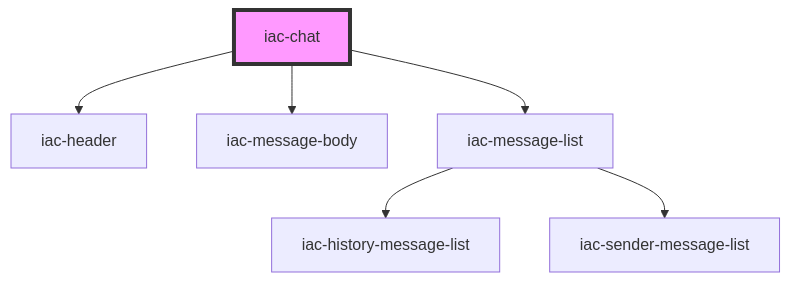
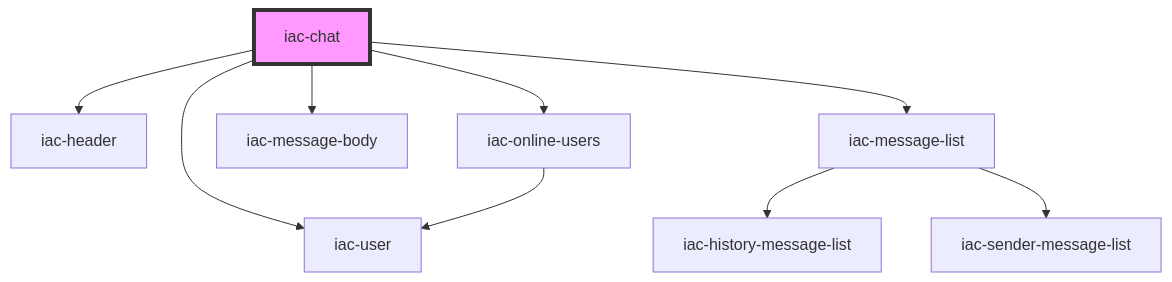
The diagram in src/components/containers/chat/readme.md (mbuckley/hackathon-in-app-chat), drawn with Mermaid before and after one commit. The commit also changed other lines of this file and 61 other files, not shown here.

````diff
--- a/src/components/containers/chat/readme.md
+++ b/src/components/containers/chat/readme.md
@@ -27,9 +29,12 @@
 ```mermaid
 graph TD;
   iac-chat --> iac-header
+  iac-chat --> iac-user
+  iac-chat --> iac-online-users
   iac-chat --> iac-message-body
   iac-chat --> iac-message-list
+  iac-online-users --> iac-user
   iac-message-list --> iac-history-message-list
   iac-message-list --> iac-sender-message-list
   style iac-chat fill:#f9f,stroke:#333,stroke-width:4px
 ```
````
